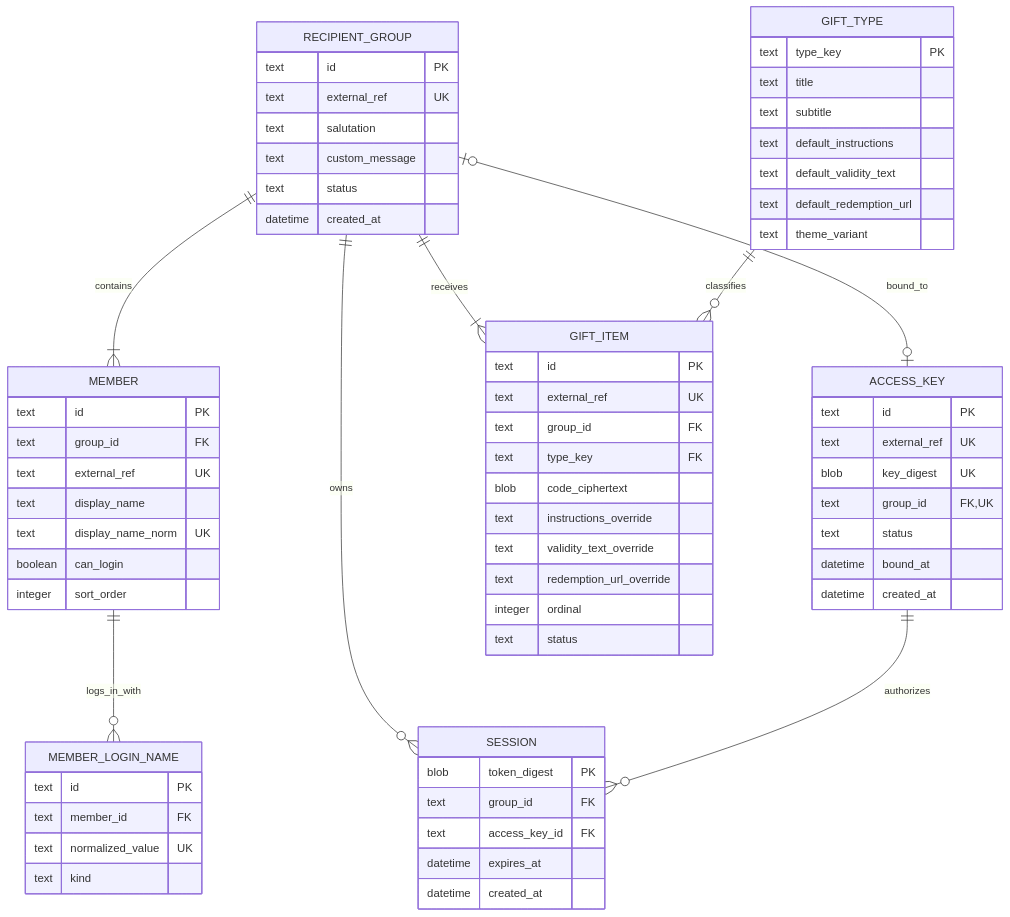
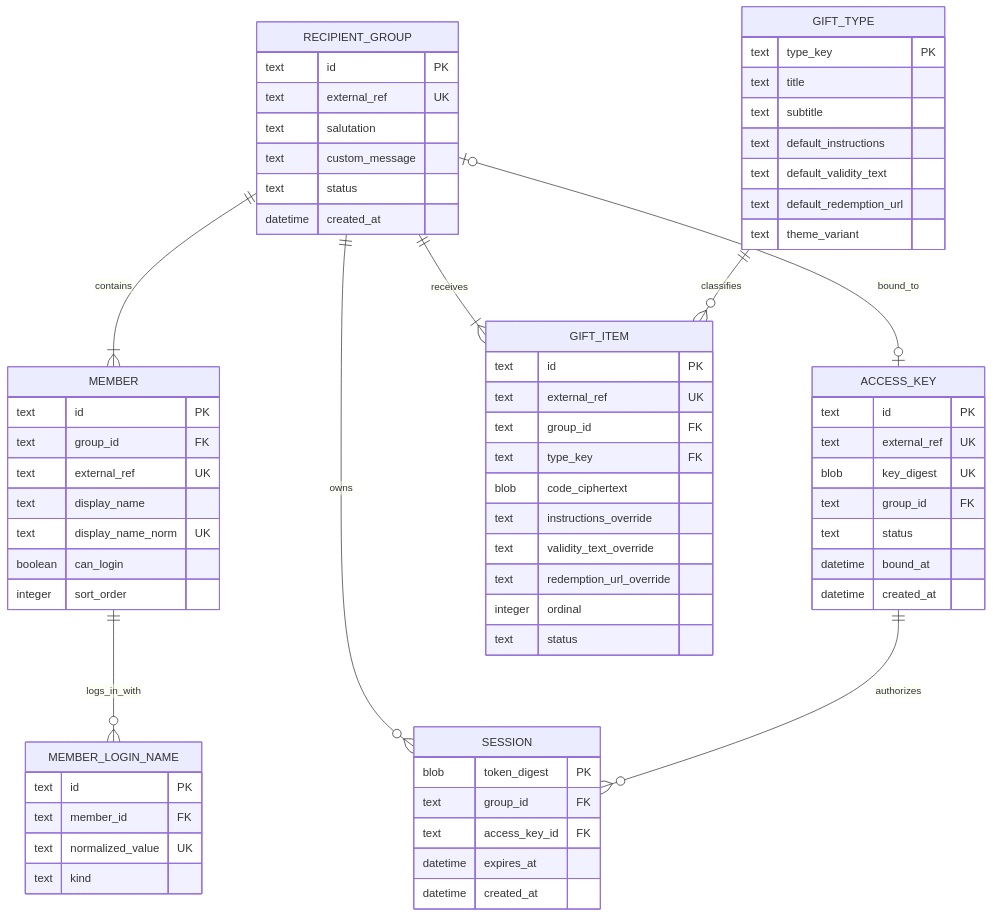
One commit to stdmkmehp/WeddingGift changed the third of 5 diagrams in docs/02-technical-architecture.md. Above: the diagram before and after it, drawn with Mermaid. The commit also changed other lines of this file and 27 other files, not shown here.

````diff
--- a/docs/02-technical-architecture.md
+++ b/docs/02-technical-architecture.md
@@ -204,77 +204,77 @@
 ```mermaid
 erDiagram
     RECIPIENT_GROUP ||--|{ MEMBER : contains
     MEMBER ||--o{ MEMBER_LOGIN_NAME : logs_in_with
     RECIPIENT_GROUP o|--o| ACCESS_KEY : bound_to
     RECIPIENT_GROUP ||--|{ GIFT_ITEM : receives
     GIFT_TYPE ||--o{ GIFT_ITEM : classifies
     RECIPIENT_GROUP ||--o{ SESSION : owns
     ACCESS_KEY ||--o{ SESSION : authorizes
 
     RECIPIENT_GROUP {
         text id PK
         text external_ref UK
         text salutation
         text custom_message
         text status
         datetime created_at
     }
 
     MEMBER {
         text id PK
         text group_id FK
         text external_ref UK
         text display_name
         text display_name_norm UK
         boolean can_login
         integer sort_order
     }
 
     MEMBER_LOGIN_NAME {
         text id PK
         text member_id FK
         text normalized_value UK
         text kind
     }
 
     ACCESS_KEY {
         text id PK
         text external_ref UK
         blob key_digest UK
-        text group_id FK,UK
+        text group_id FK
         text status
         datetime bound_at
         datetime created_at
     }
 
     GIFT_TYPE {
         text type_key PK
         text title
         text subtitle
         text default_instructions
         text default_validity_text
         text default_redemption_url
         text theme_variant
     }
 
     GIFT_ITEM {
         text id PK
         text external_ref UK
         text group_id FK
         text type_key FK
         blob code_ciphertext
         text instructions_override
         text validity_text_override
         text redemption_url_override
         integer ordinal
         text status
     }
 
     SESSION {
         blob token_digest PK
         text group_id FK
         text access_key_id FK
         datetime expires_at
         datetime created_at
     }
 ```
````
